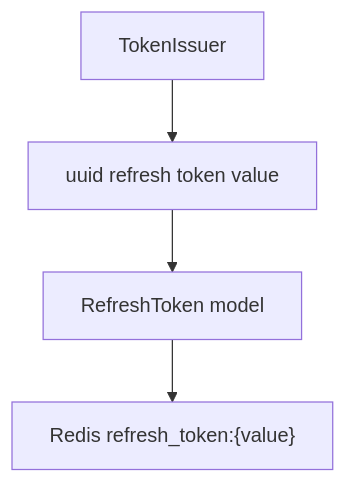
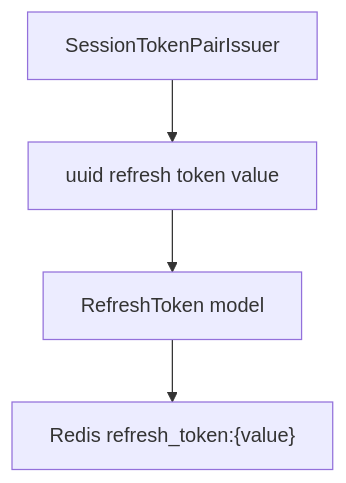
One commit to FangcunMount/iam changed the sixth of 12 diagrams in docs/02-认证AuthN/02-认证语义-用户状态&会话&Token边界.md. Above: the diagram before and after it, drawn with Mermaid. The commit also changed other lines of this file and 18 other files, not shown here.

````diff
--- a/docs/02-认证AuthN/02-认证语义-用户状态&会话&Token边界.md
+++ b/docs/02-认证AuthN/02-认证语义-用户状态&会话&Token边界.md
@@ -518,9 +544,9 @@
 ```mermaid
 flowchart TD
-    Issuer["TokenIssuer"]
+    PairIssuer["SessionTokenPairIssuer"]
     UUID["uuid refresh token value"]
     Token["RefreshToken model"]
     Redis["Redis refresh_token:{value}"]
 
-    Issuer --> UUID --> Token --> Redis
+    PairIssuer --> UUID --> Token --> Redis
 ```
````
